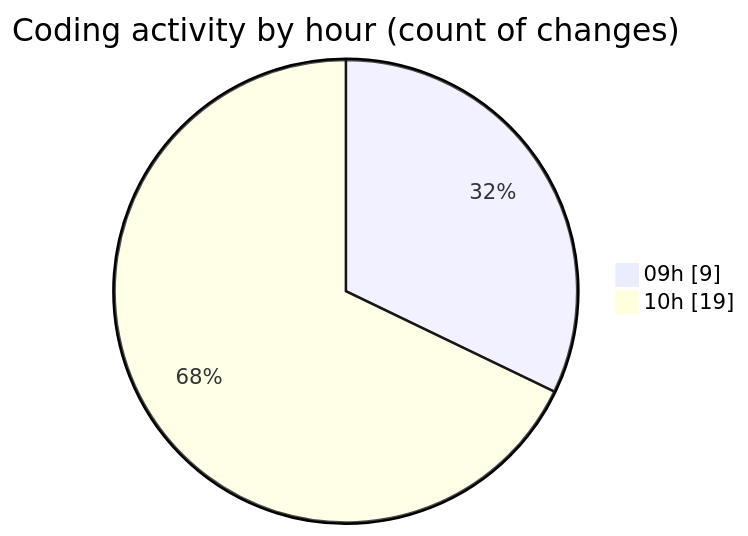
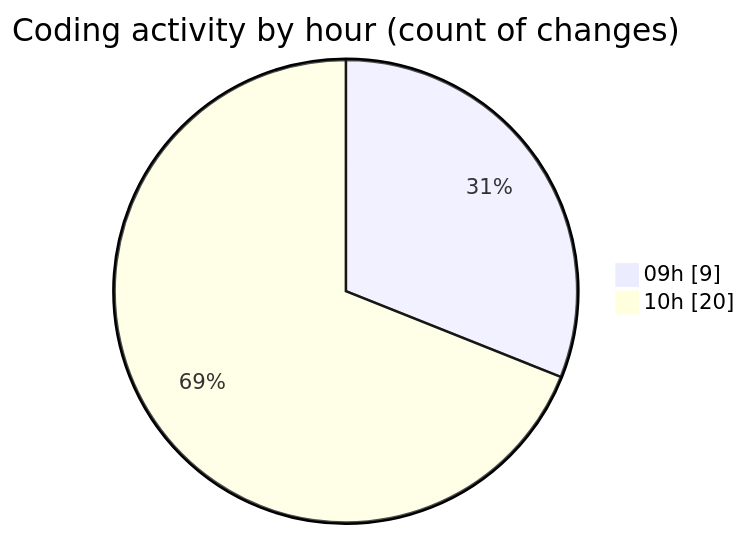
One commit to momahboobian/code-tracking changed the second of 2 diagrams in 2025-09-18/cda/README.md. Above: the diagram before and after it, drawn with Mermaid. The commit also changed other lines of this file and 1 other file, not shown here.

````diff
--- a/2025-09-18/cda/README.md
+++ b/2025-09-18/cda/README.md
@@ -34,6 +34,6 @@
 ```mermaid
 pie showData
 title Coding activity by hour (count of changes)
 "09h" : 9
-"10h" : 19
+"10h" : 20
 ```
````
